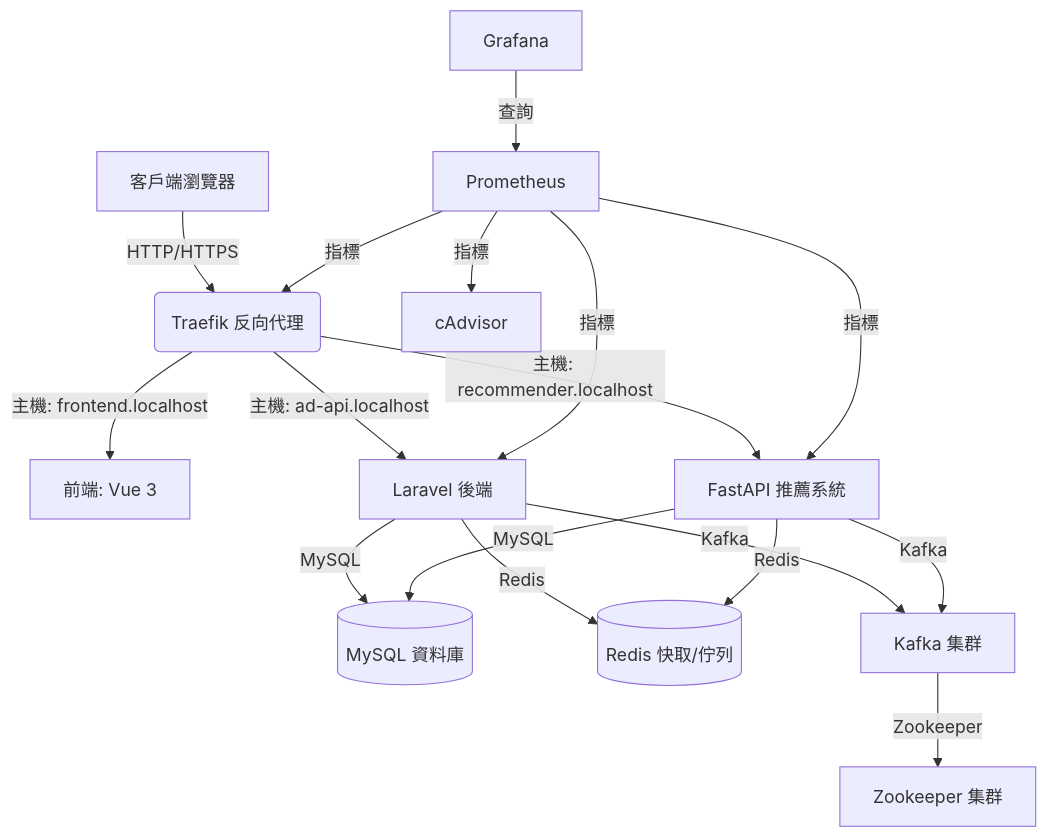
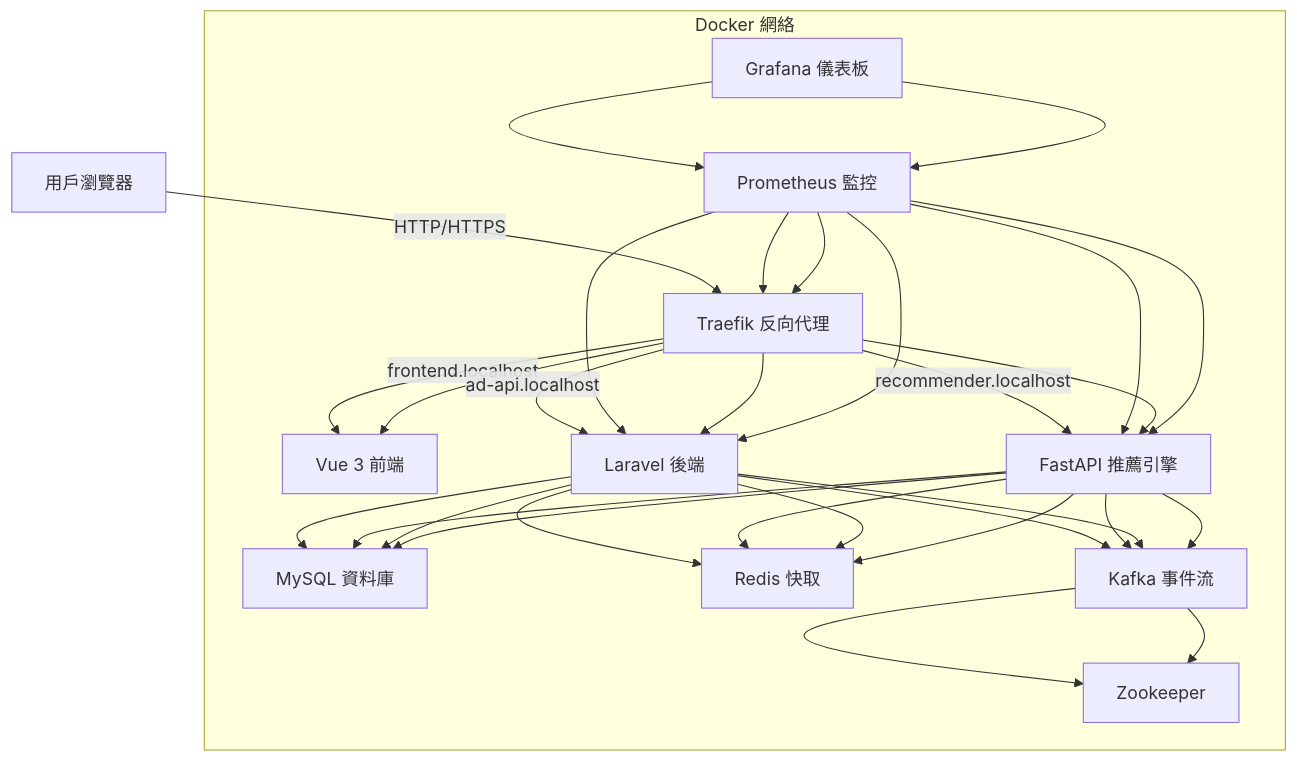
One commit to BpsEason/ad-platform changed the diagram in README.md. Above: the diagram before and after it, drawn with Mermaid. The commit also changed other lines of this file, not shown here.

````diff
--- a/README.md
+++ b/README.md
@@ -14,19 +147,34 @@
 ```mermaid
 graph TD
-    A[客戶端瀏覽器] -->|HTTP/HTTPS| B(Traefik 反向代理)
-    B -->|主機: frontend.localhost| C[前端: Vue 3]
-    B -->|主機: ad-api.localhost| D[Laravel 後端]
-    B -->|主機: recommender.localhost| E[FastAPI 推薦系統]
-    D -->|MySQL| F[(MySQL 資料庫)]
-    D -->|Redis| G[(Redis 快取/佇列)]
-    D -->|Kafka| H[Kafka 集群]
-    E -->|Kafka| H
-    E -->|Redis| G
-    E -->|MySQL| F
-    H -->|Zookeeper| I[Zookeeper 集群]
-    J[Prometheus] -->|指標| B
-    J -->|指標| K[cAdvisor]
-    J -->|指標| D
-    J -->|指標| E
-    L[Grafana] -->|查詢| J
+    A[用戶瀏覽器] -->|HTTP/HTTPS| B[Traefik 反向代理]
+    B -->|frontend.localhost| C[Vue 3 前端]
+    B -->|ad-api.localhost| D[Laravel 後端]
+    B -->|recommender.localhost| E[FastAPI 推薦引擎]
+    D --> F[MySQL 資料庫]
+    D --> G[Redis 快取]
+    D --> H[Kafka 事件流]
+    E --> H
+    E --> G
+    E --> F
+    H --> I[Zookeeper]
+    J[Prometheus 監控] --> B
+    J --> D
+    J --> E
+    K[Grafana 儀表板] --> J
+    subgraph Docker 網絡
+        B --> C
+        B --> D
+        B --> E
+        D --> F
+        D --> G
+        D --> H
+        E --> H
+        E --> G
+        E --> F
+        H --> I
+        J --> B
+        J --> D
+        J --> E
+        K --> J
+    end
 ```
````
